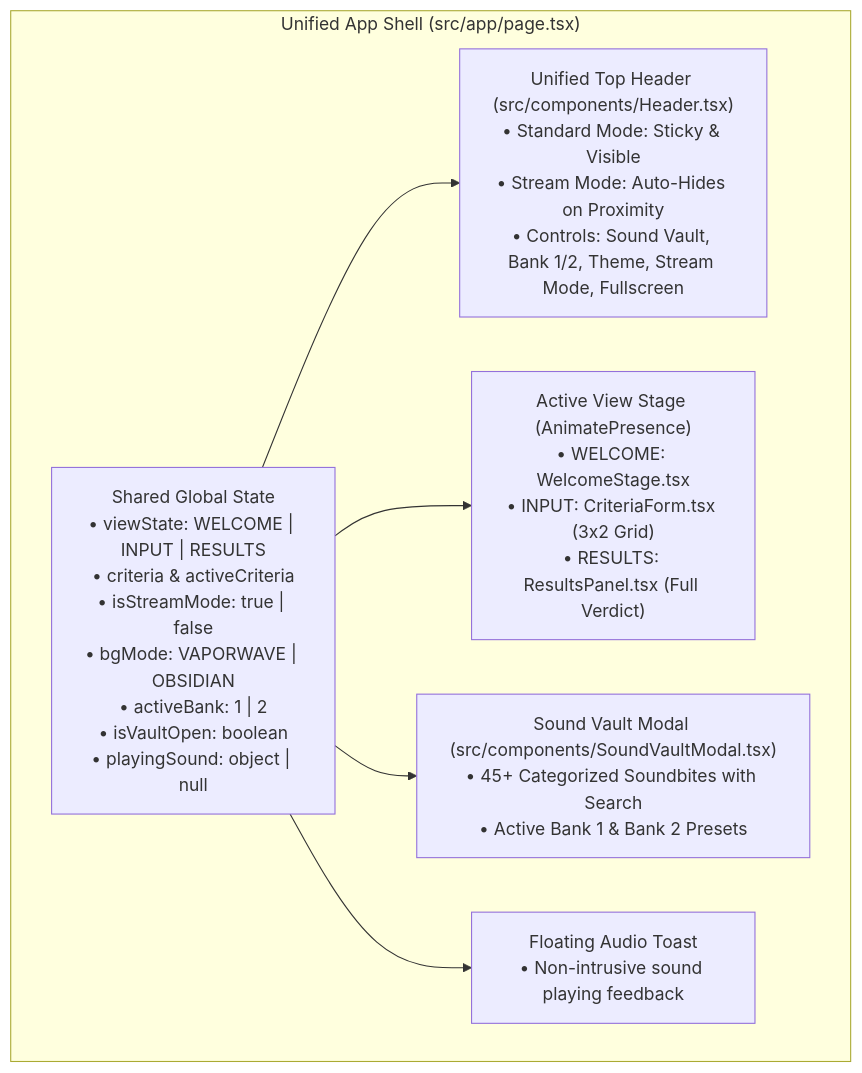
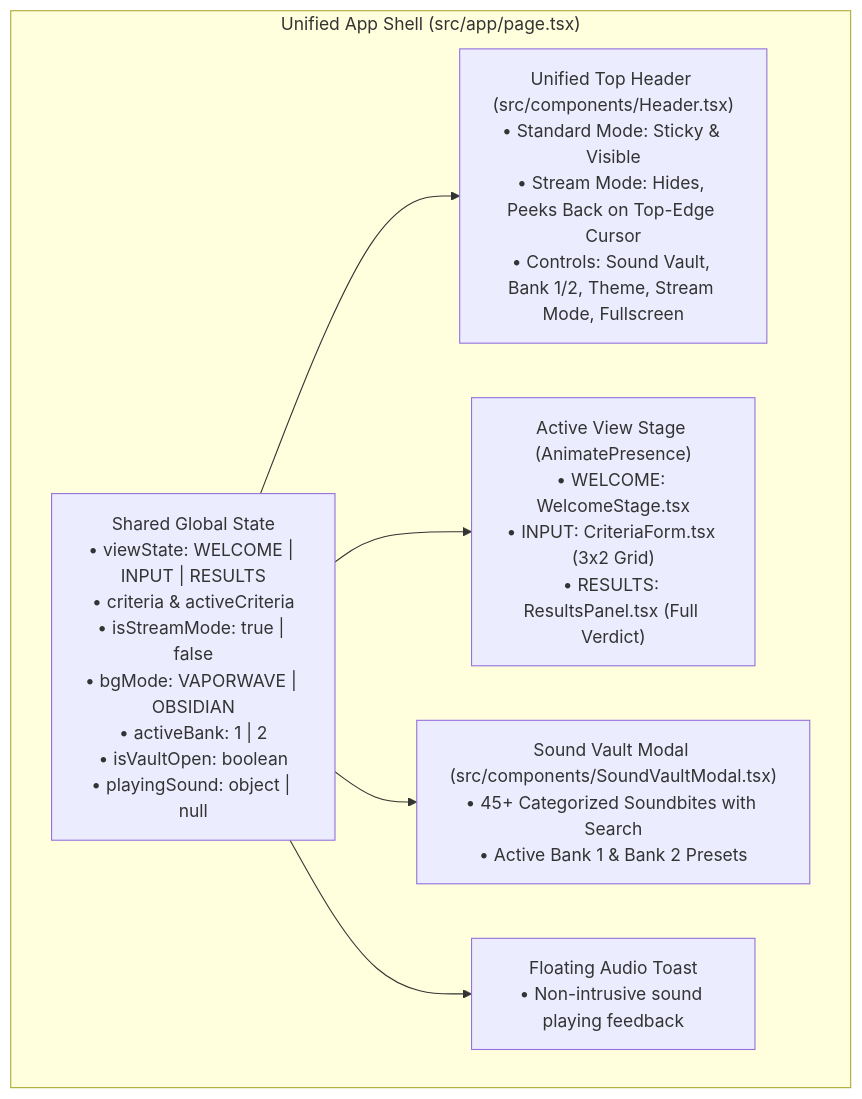
The first of 2 diagrams in docs/ARCHITECTURE.md (anmolsharma152/Delusion-Calculator), drawn with Mermaid before and after one commit. The commit also changed other lines of this file and 12 other files, not shown here.

````diff
--- a/docs/ARCHITECTURE.md
+++ b/docs/ARCHITECTURE.md
@@ -11,19 +11,19 @@
 ```mermaid
 graph TD
     subgraph "Unified App Shell (src/app/page.tsx)"
         State["Shared Global State<br/>• viewState: WELCOME | INPUT | RESULTS<br/>• criteria & activeCriteria<br/>• isStreamMode: true | false<br/>• bgMode: VAPORWAVE | OBSIDIAN<br/>• activeBank: 1 | 2<br/>• isVaultOpen: boolean<br/>• playingSound: object | null"]
         
-        Header["Unified Top Header (src/components/Header.tsx)<br/>• Standard Mode: Sticky & Visible<br/>• Stream Mode: Auto-Hides on Proximity<br/>• Controls: Sound Vault, Bank 1/2, Theme, Stream Mode, Fullscreen"]
+        Header["Unified Top Header (src/components/Header.tsx)<br/>• Standard Mode: Sticky & Visible<br/>• Stream Mode: Hides, Peeks Back on Top-Edge Cursor<br/>• Controls: Sound Vault, Bank 1/2, Theme, Stream Mode, Fullscreen"]
         
         Stage["Active View Stage (AnimatePresence)<br/>• WELCOME: WelcomeStage.tsx<br/>• INPUT: CriteriaForm.tsx (3x2 Grid)<br/>• RESULTS: ResultsPanel.tsx (Full Verdict)"]
         
         VaultModal["Sound Vault Modal (src/components/SoundVaultModal.tsx)<br/>• 45+ Categorized Soundbites with Search<br/>• Active Bank 1 & Bank 2 Presets"]
         
         AudioHUD["Floating Audio Toast<br/>• Non-intrusive sound playing feedback"]
     end
 
     State --> Header
     State --> Stage
     State --> VaultModal
     State --> AudioHUD
 ```
````
